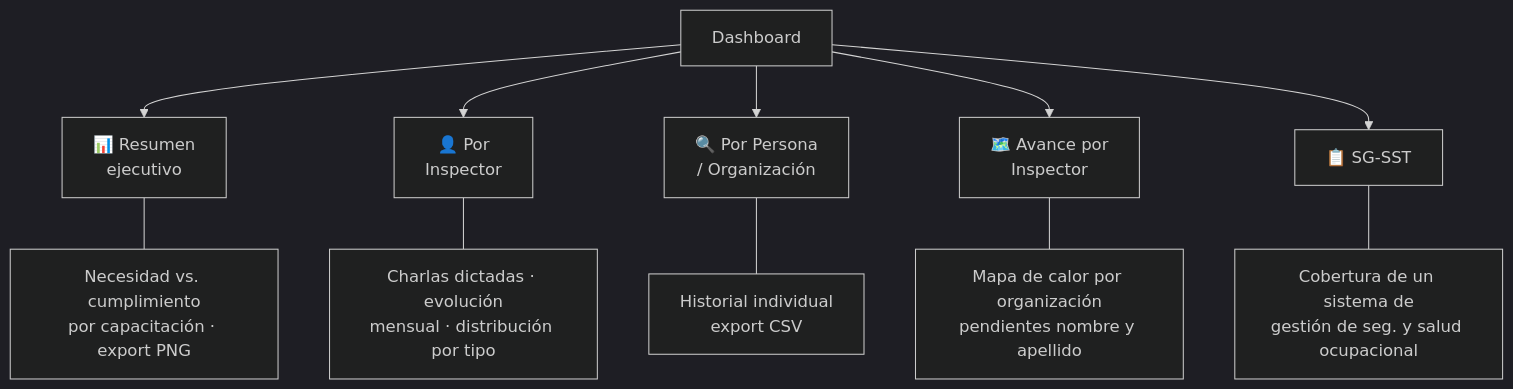
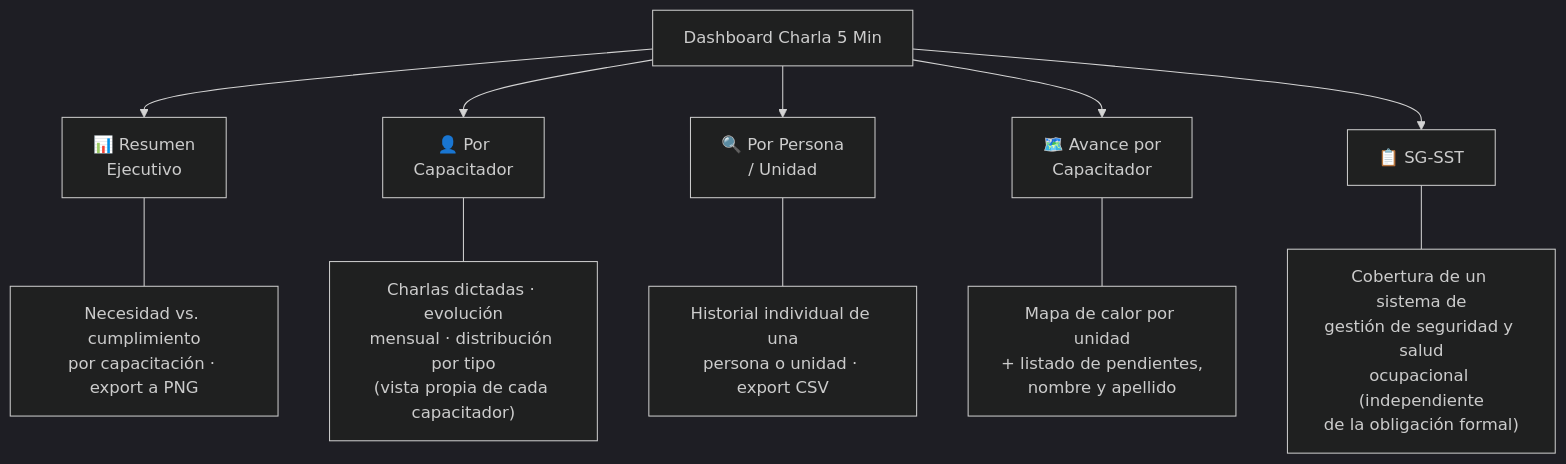
The fourth of 5 diagrams in charla-5-min/README.md (jminolli-e/case-studies), drawn with Mermaid (dark theme) before and after one commit. The commit also changed other lines of this file, not shown here.

````diff
--- a/charla-5-min/README.md
+++ b/charla-5-min/README.md
@@ -97,14 +124,14 @@
 ```mermaid
 flowchart TD
-    APP["Dashboard"] --> T1["📊 Resumen<br/>ejecutivo"]
-    APP --> T2["👤 Por<br/>Inspector"]
-    APP --> T3["🔍 Por Persona<br/>/ Organización"]
-    APP --> T4["🗺️ Avance por<br/>Inspector"]
+    APP["Dashboard Charla 5 Min"] --> T1["📊 Resumen<br/>Ejecutivo"]
+    APP --> T2["👤 Por<br/>Capacitador"]
+    APP --> T3["🔍 Por Persona<br/>/ Unidad"]
+    APP --> T4["🗺️ Avance por<br/>Capacitador"]
     APP --> T5["📋 SG-SST"]
 
-    T1 --- T1d["Necesidad vs. cumplimiento<br/>por capacitación · export PNG"]
-    T2 --- T2d["Charlas dictadas · evolución<br/>mensual · distribución por tipo"]
-    T3 --- T3d["Historial individual<br/>export CSV"]
-    T4 --- T4d["Mapa de calor por organización<br/>pendientes nombre y apellido"]
-    T5 --- T5d["Cobertura de un sistema de<br/>gestión de seg. y salud ocupacional"]
+    T1 --- T1d["Necesidad vs. cumplimiento<br/>por capacitación · export a PNG"]
+    T2 --- T2d["Charlas dictadas · evolución<br/>mensual · distribución por tipo<br/>(vista propia de cada capacitador)"]
+    T3 --- T3d["Historial individual de una<br/>persona o unidad · export CSV"]
+    T4 --- T4d["Mapa de calor por unidad<br/>+ listado de pendientes,<br/>nombre y apellido"]
+    T5 --- T5d["Cobertura de un sistema de<br/>gestión de seguridad y salud<br/>ocupacional (independiente<br/>de la obligación formal)"]
 ```
````
